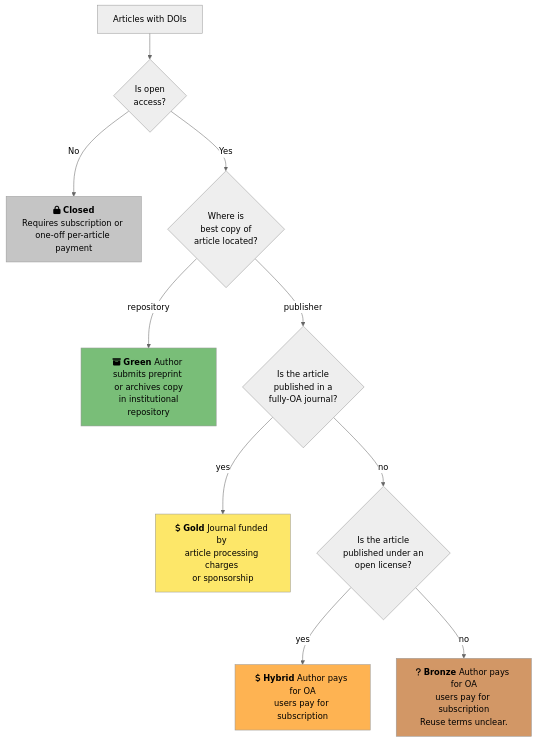
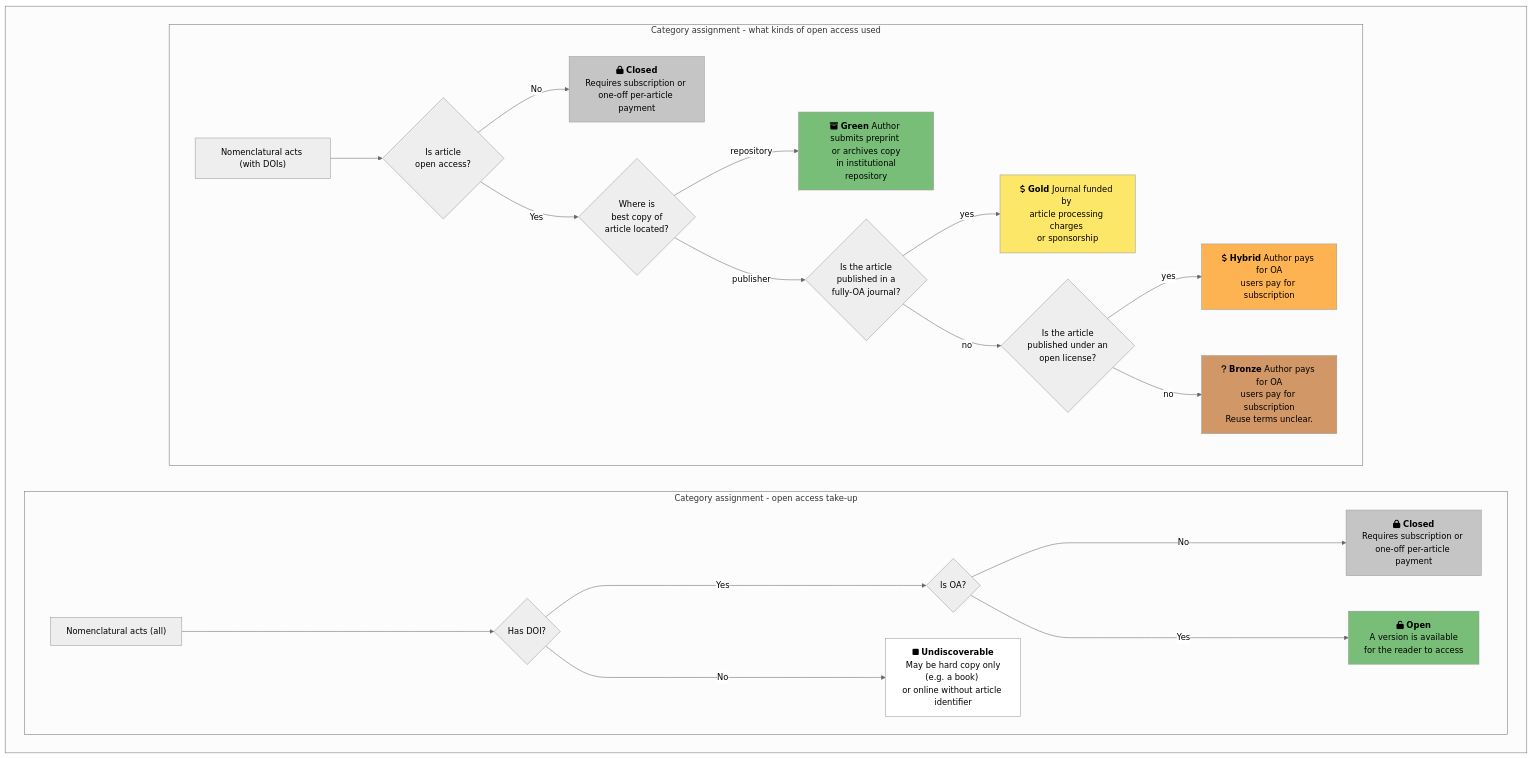
The diagram in 05-materials_and_methods.md (OA-WCVP/paper), drawn with Mermaid before and after one commit. The commit also changed other lines of this file, not shown here.

Commit message:
Modified flow diagram

````diff
--- a/05-materials_and_methods.md
+++ b/05-materials_and_methods.md
@@ -30,37 +9,63 @@
-```{.mermaid caption="Category assignment - records with DOIs"}
+```{.mermaid caption="Category assignment"}
 %%{init: {'theme': 'neutral' } }%%
-graph TD
-    WithDoi[Articles with DOIs]-->IsOA{"Is open <br/>access?"}
-    IsOA -->|No| Closed[fa:fa-lock <b>Closed</b><br/>Requires subscription or <br/>one-off per-article payment]
-    IsOA -->|Yes| WhereBest{Where is <br/>best copy of <br/>article located?}
-    WhereBest-->|repository| Green[fa:fa-archive <b>Green</b> Author submits preprint <br/>or archives copy<br/> in institutional repository]
-    WhereBest-->|publisher| FullyOA{Is the article <br/>published in a<br/> fully-OA journal?}
-    FullyOA-->|yes| Gold[fa:fa-dollar <b>Gold</b> Journal funded by <br/>article processing charges <br/>or sponsorship]
-    FullyOA-->|no| Licence{Is the article <br/>published under an<br/> open license?}
-    Licence-->|yes| Hybrid[fa:fa-dollar <b>Hybrid</b> Author pays for OA<br/>users pay for subscription]
-    Licence-->|no| Bronze[fa:fa-question <b>Bronze</b> Author pays for OA<br/>users pay for subscription<br/>Reuse terms unclear.]
-    
-    classDef Gold fill:#fde769;
-    class Gold Gold;
+flowchart LR
+    subgraph  
+        direction LR
+        subgraph "Category assignment - open access take-up"
+        direction LR  %% <-- here
+                Start_a["Nomenclatural acts (all)"] -------> HasDOI_a
+                HasDOI_a{"Has DOI?"}
+                HasDOI_a -------> |Yes|IsOA_a{"Is OA?"}
+                HasDOI_a -------> |No| Undiscoverable_a["fa:fa-stop <b>Undiscoverable</b><br/> May be hard copy only (e.g. a book) <br/>or online without article identifier"]
+                IsOA_a ------->|No| Closed_a[fa:fa-lock <b>Closed</b><br/>Requires subscription or <br/>one-off per-article payment]
+                IsOA_a ------->|Yes| Open_a[fa:fa-unlock <b>Open</b><br/>A version is available <br/>for the reader to access]
 
-  classDef Green fill:#79be78;
-    class Green Green;
+                classDef Undiscoverable fill:white;
+                    class Undiscoverable_a Undiscoverable;
 
-  classDef Bronze fill:#d29766;
-    class Bronze Bronze;
-    
-    classDef Hybrid fill:#feb352;
-    class Hybrid Hybrid;
+                classDef Closed fill:#c5c5c5;
+                    class Closed_a Closed;
 
-classDef Diamond fill:#e5e4e2;
-    class Diamond Diamond;
+                classDef Open fill:#79be78;
+                    class Open_a Open;
+        end
 
-classDef Undiscoverable fill:white;
-    class Undiscoverable Undiscoverable;
+        subgraph "Category assignment - what kinds of open access used"
+        direction LR  %% <-- here
+                WithDoi["Nomenclatural acts (with DOIs)"]-->IsOA{"&nbsp;<br/>Is article <br/>open access?<br/>&nbsp;"}
+                IsOA -->|No| Closed[fa:fa-lock <b>Closed</b><br/>Requires subscription or <br/>one-off per-article payment]
+                IsOA -->|Yes| WhereBest{Where is <br/>best copy of <br/>article located?}
+                WhereBest-->|repository| Green[fa:fa-archive <b>Green</b> Author submits preprint <br/>or archives copy<br/> in institutional repository]
+                WhereBest-->|publisher| FullyOA{Is the article <br/>published in a<br/> fully-OA journal?}
+                FullyOA-->|yes| Gold[fa:fa-dollar <b>Gold</b> Journal funded by <br/>article processing charges <br/>or sponsorship]
+                FullyOA-->|no| Licence{Is the article <br/>published under an<br/> open license?}
+                Licence-->|yes| Hybrid[fa:fa-dollar <b>Hybrid</b> Author pays for OA<br/>users pay for subscription]
+                Licence-->|no| Bronze[fa:fa-question <b>Bronze</b> Author pays for OA<br/>users pay for subscription<br/>Reuse terms unclear.]
+                
+                classDef Gold fill:#fde769;
+                class Gold Gold;
 
-classDef Closed fill:#c5c5c5;
-    class Closed Closed;
+            classDef Green fill:#79be78;
+                class Green Green;
 
-classDef Open fill:#79be78;
-    class Open Open;
+            classDef Bronze fill:#d29766;
+                class Bronze Bronze;
+                
+                classDef Hybrid fill:#feb352;
+                class Hybrid Hybrid;
+
+            classDef Diamond fill:#e5e4e2;
+                class Diamond Diamond;
+
+            classDef Undiscoverable fill:white;
+                class Undiscoverable Undiscoverable;
+
+            classDef Closed fill:#c5c5c5;
+                class Closed Closed;
+
+            classDef Open fill:#79be78;
+                class Open Open;
+
+        end
+    end
 ```
````
